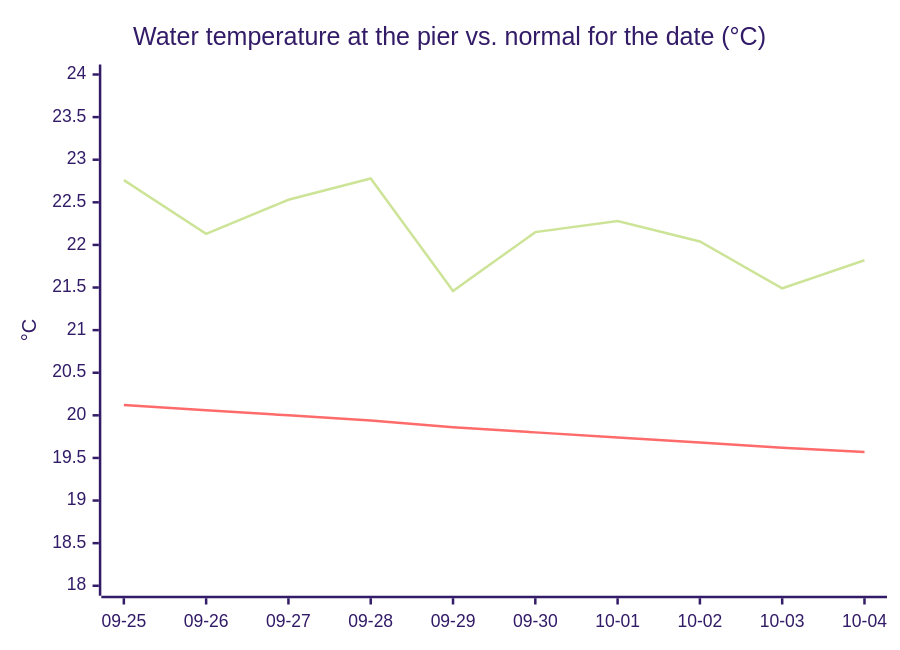
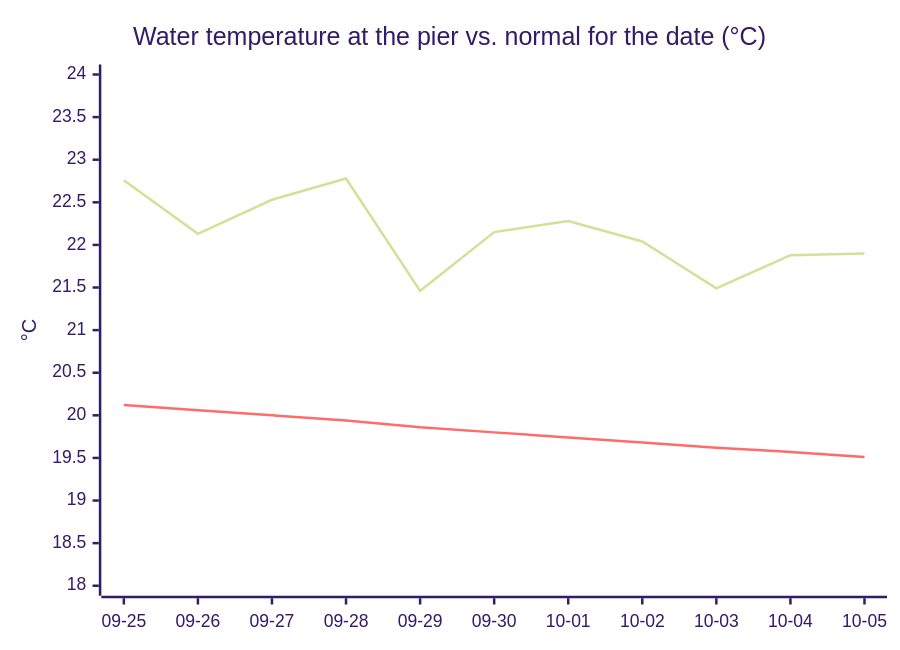
Before and after one commit to joshuafrommeyer-35/PierTracker: the third of 3 diagrams in README.md, drawn with Mermaid (forest theme). The commit also changed other lines of this file and 5 other files, not shown here.

````diff
--- a/README.md
+++ b/README.md
@@ -160,8 +160,8 @@
 ```mermaid
 xychart-beta
     title "Water temperature at the pier vs. normal for the date (°C)"
-    x-axis ["09-25", "09-26", "09-27", "09-28", "09-29", "09-30", "10-01", "10-02", "10-03", "10-04"]
+    x-axis ["09-25", "09-26", "09-27", "09-28", "09-29", "09-30", "10-01", "10-02", "10-03", "10-04", "10-05"]
     y-axis "°C" 18 --> 24
-    line [22.76, 22.13, 22.53, 22.78, 21.46, 22.15, 22.28, 22.04, 21.49, 21.82]
-    line [20.12, 20.06, 20.0, 19.94, 19.86, 19.8, 19.74, 19.68, 19.62, 19.57]
+    line [22.76, 22.13, 22.53, 22.78, 21.46, 22.15, 22.28, 22.04, 21.49, 21.88, 21.9]
+    line [20.12, 20.06, 20.0, 19.94, 19.86, 19.8, 19.74, 19.68, 19.62, 19.57, 19.51]
 ```
````
